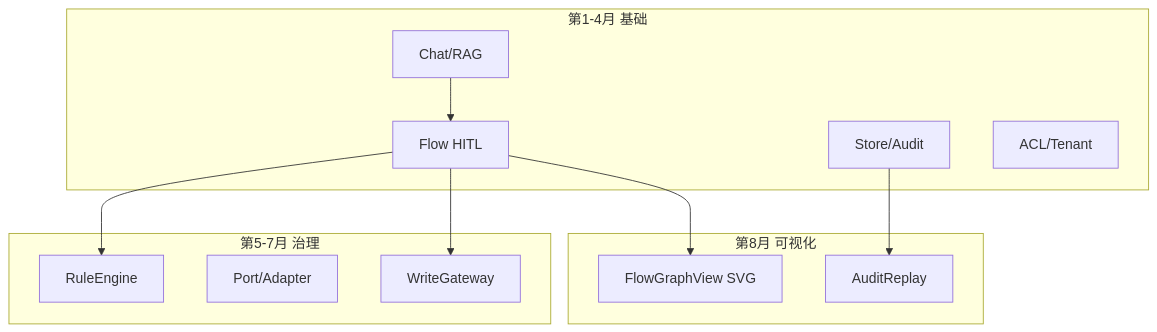
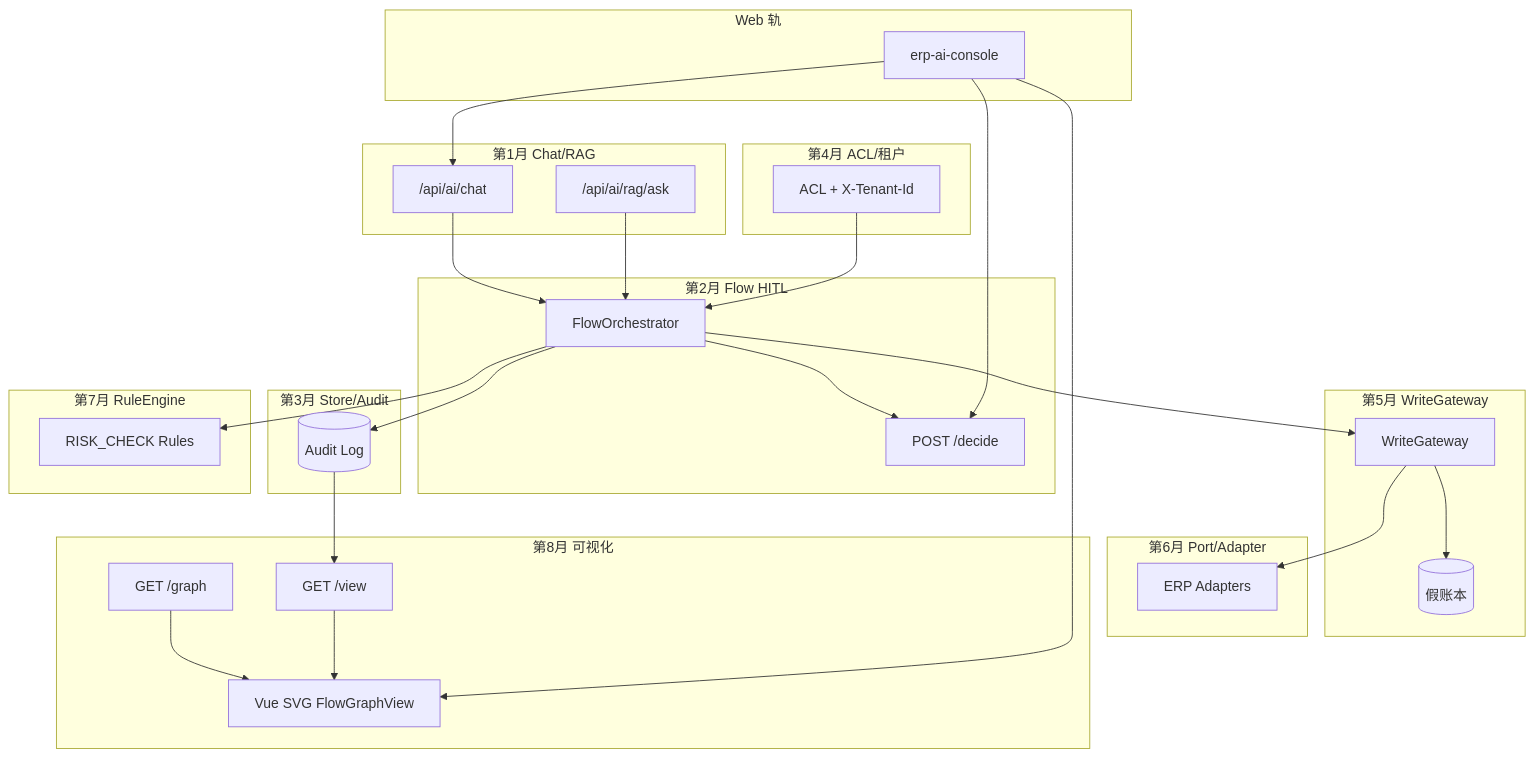
The second of 2 diagrams in docs/lessons/MONTH8_WORKFLOW_VIZ_COMPLETE.md (huayedi/ai-study), drawn with Mermaid before and after one commit. The commit also changed other lines of this file and 1 other file, not shown here.

First line of the commit message:
docs: rewrite MONTH8 workflow viz as full chapter textbook

````diff
--- a/docs/lessons/MONTH8_WORKFLOW_VIZ_COMPLETE.md
+++ b/docs/lessons/MONTH8_WORKFLOW_VIZ_COMPLETE.md
@@ -1693,23 +2971,59 @@
 ```mermaid
 flowchart TB
-  subgraph M1_4 [第1-4月 基础]
-    Chat[Chat/RAG]
-    Flow[Flow HITL]
-    Store[Store/Audit]
-    ACL[ACL/Tenant]
+  subgraph M1["第1月 Chat/RAG"]
+    ChatAPI["/api/ai/chat"]
+    RAGAPI["/api/ai/rag/ask"]
   end
-  subgraph M5_7 [第5-7月 治理]
+
+  subgraph M2["第2月 Flow HITL"]
+    FlowOrch[FlowOrchestrator]
+    Decide["POST /decide"]
+  end
+
+  subgraph M3["第3月 Store/Audit"]
+    AuditStore[(Audit Log)]
+  end
+
+  subgraph M4["第4月 ACL/租户"]
+    ACL[ACL + X-Tenant-Id]
+  end
+
+  subgraph M5["第5月 WriteGateway"]
     GW[WriteGateway]
-    Port[Port/Adapter]
-    Rule[RuleEngine]
+    FakeLedger[(假账本)]
   end
-  subgraph M8 [第8月 可视化]
-    Viz[FlowGraphView SVG]
-    Replay[AuditReplay]
+
+  subgraph M6["第6月 Port/Adapter"]
+    Adapters[ERP Adapters]
   end
-  Chat --> Flow
-  Flow --> Rule
-  Flow --> GW
-  Flow --> Viz
-  Store --> Replay
+
+  subgraph M7["第7月 RuleEngine"]
+    Rules[RISK_CHECK Rules]
+  end
+
+  subgraph M8["第8月 可视化"]
+    GraphAPI["GET /graph"]
+    ViewAPI["GET /view"]
+    VizUI[Vue SVG FlowGraphView]
+  end
+
+  subgraph WEB["Web 轨"]
+    Console[erp-ai-console]
+  end
+
+  ChatAPI --> FlowOrch
+  RAGAPI --> FlowOrch
+  FlowOrch --> Rules
+  FlowOrch --> Decide
+  FlowOrch --> GW
+  GW --> FakeLedger
+  GW --> Adapters
+  FlowOrch --> AuditStore
+  ACL --> FlowOrch
+  GraphAPI --> VizUI
+  ViewAPI --> VizUI
+  AuditStore --> ViewAPI
+  Console --> VizUI
+  Console --> ChatAPI
+  Console --> Decide
 ```
````
